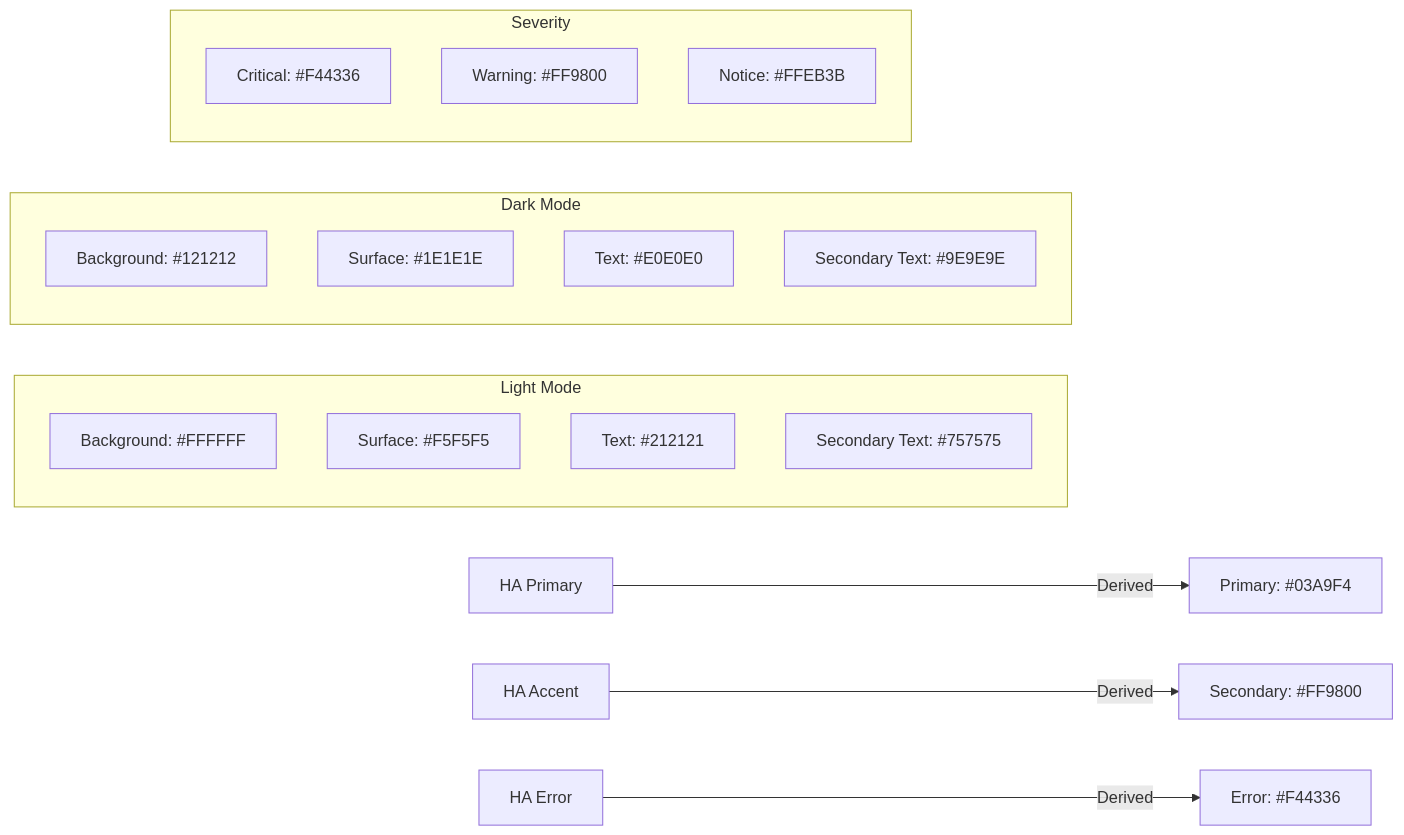
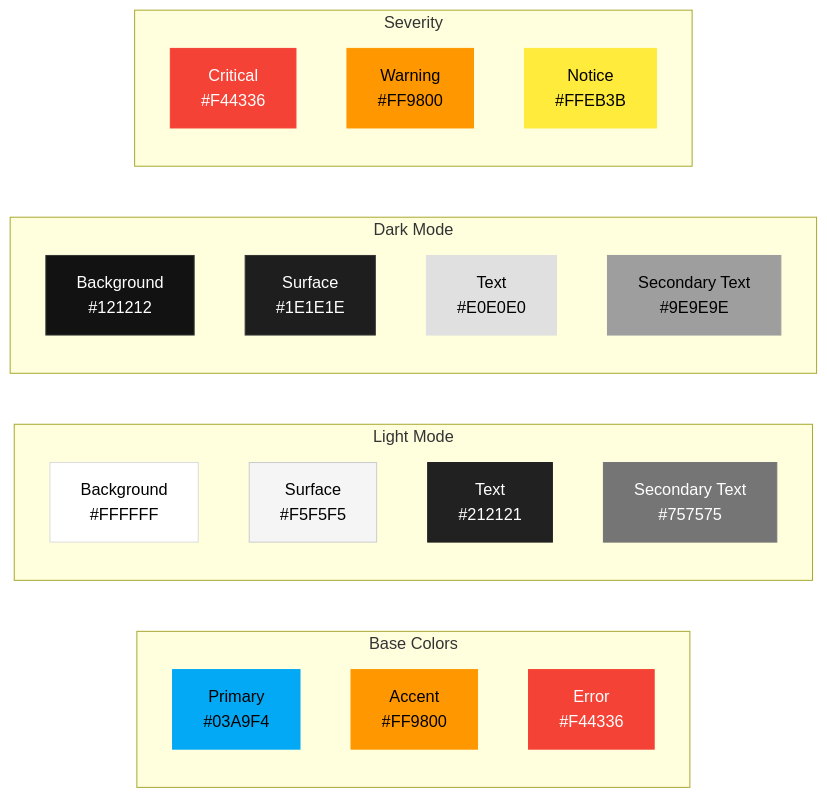
Before and after one commit to declanshanaghy/heimdall-battery-sentinel: the first of 9 diagrams in _bmad-output/planning-artifacts/ux-design-specification.md, drawn with Mermaid.

Commit message:
docs(planning): render all color palette swatches with Mermaid fill styles
- Base colors (Primary, Accent, Error) now show as colored swatches
- Light Mode colors all have fill+contrast text
- Dark Mode colors all have fill+contrast text
- Severity colors (Critical, Warning, Notice) all have fill+contrast text
- Moved all classDef declarations outside subgraphs for compatibility

````diff
--- a/_bmad-output/planning-artifacts/ux-design-specification.md
+++ b/_bmad-output/planning-artifacts/ux-design-specification.md
@@ -14,26 +14,43 @@
 ```mermaid
 graph LR
-    HA_Primary[HA Primary] -->|Derived| Primary[Primary: #03A9F4]
-    HA_Accent[HA Accent] -->|Derived| Secondary[Secondary: #FF9800]
-    HA_Error[HA Error] -->|Derived| Error[Error: #F44336]
-    
+    subgraph Base Colors
+        Primary["Primary\n#03A9F4"]:::swatch_primary
+        Accent["Accent\n#FF9800"]:::swatch_accent
+        Error["Error\n#F44336"]:::swatch_error
+    end
+
     subgraph Light Mode
-        LM_BG[Background: #FFFFFF]
-        LM_Surface[Surface: #F5F5F5]
-        LM_Text[Text: #212121]
-        LM_Secondary[Secondary Text: #757575]
+        LM_BG["Background\n#FFFFFF"]:::swatch_lm_bg
+        LM_Surface["Surface\n#F5F5F5"]:::swatch_lm_surface
+        LM_Text["Text\n#212121"]:::swatch_lm_text
+        LM_Secondary["Secondary Text\n#757575"]:::swatch_lm_secondary
     end
-    
+
     subgraph Dark Mode
-        DM_BG[Background: #121212]
-        DM_Surface[Surface: #1E1E1E]
-        DM_Text[Text: #E0E0E0]
-        DM_Secondary[Secondary Text: #9E9E9E]
+        DM_BG["Background\n#121212"]:::swatch_dm_bg
+        DM_Surface["Surface\n#1E1E1E"]:::swatch_dm_surface
+        DM_Text["Text\n#E0E0E0"]:::swatch_dm_text
+        DM_Secondary["Secondary Text\n#9E9E9E"]:::swatch_dm_secondary
     end
-    
+
     subgraph Severity
-        Critical[Critical: #F44336]
-        Warning[Warning: #FF9800]
-        Notice[Notice: #FFEB3B]
+        Critical["Critical\n#F44336"]:::swatch_critical
+        Warning["Warning\n#FF9800"]:::swatch_warning
+        Notice["Notice\n#FFEB3B"]:::swatch_notice
     end
+
+    classDef swatch_primary fill:#03A9F4,color:#000000,stroke:#03A9F4
+    classDef swatch_accent fill:#FF9800,color:#000000,stroke:#FF9800
+    classDef swatch_error fill:#F44336,color:#FFFFFF,stroke:#F44336
+    classDef swatch_lm_bg fill:#FFFFFF,color:#000000,stroke:#DDDDDD
+    classDef swatch_lm_surface fill:#F5F5F5,color:#000000,stroke:#CCCCCC
+    classDef swatch_lm_text fill:#212121,color:#FFFFFF,stroke:#212121
+    classDef swatch_lm_secondary fill:#757575,color:#FFFFFF,stroke:#757575
+    classDef swatch_dm_bg fill:#121212,color:#FFFFFF,stroke:#333333
+    classDef swatch_dm_surface fill:#1E1E1E,color:#FFFFFF,stroke:#333333
+    classDef swatch_dm_text fill:#E0E0E0,color:#000000,stroke:#E0E0E0
+    classDef swatch_dm_secondary fill:#9E9E9E,color:#000000,stroke:#9E9E9E
+    classDef swatch_critical fill:#F44336,color:#FFFFFF,stroke:#F44336
+    classDef swatch_warning fill:#FF9800,color:#000000,stroke:#FF9800
+    classDef swatch_notice fill:#FFEB3B,color:#000000,stroke:#FFEB3B
 ```
````
